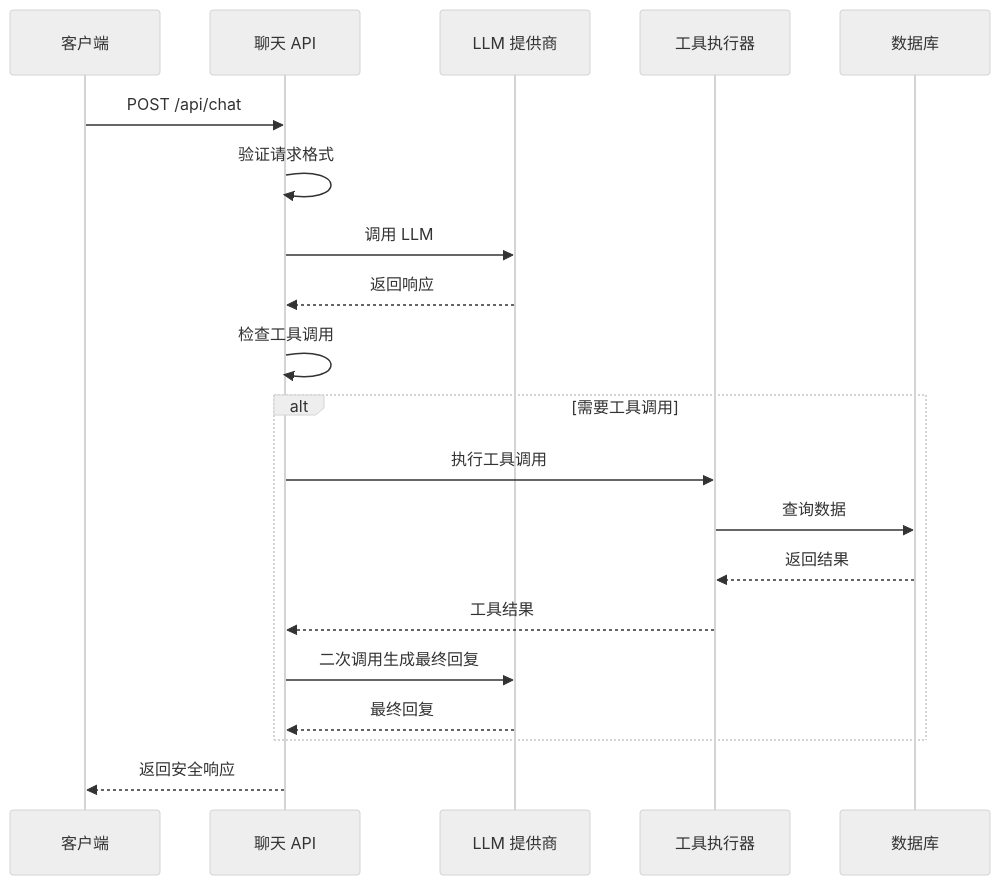
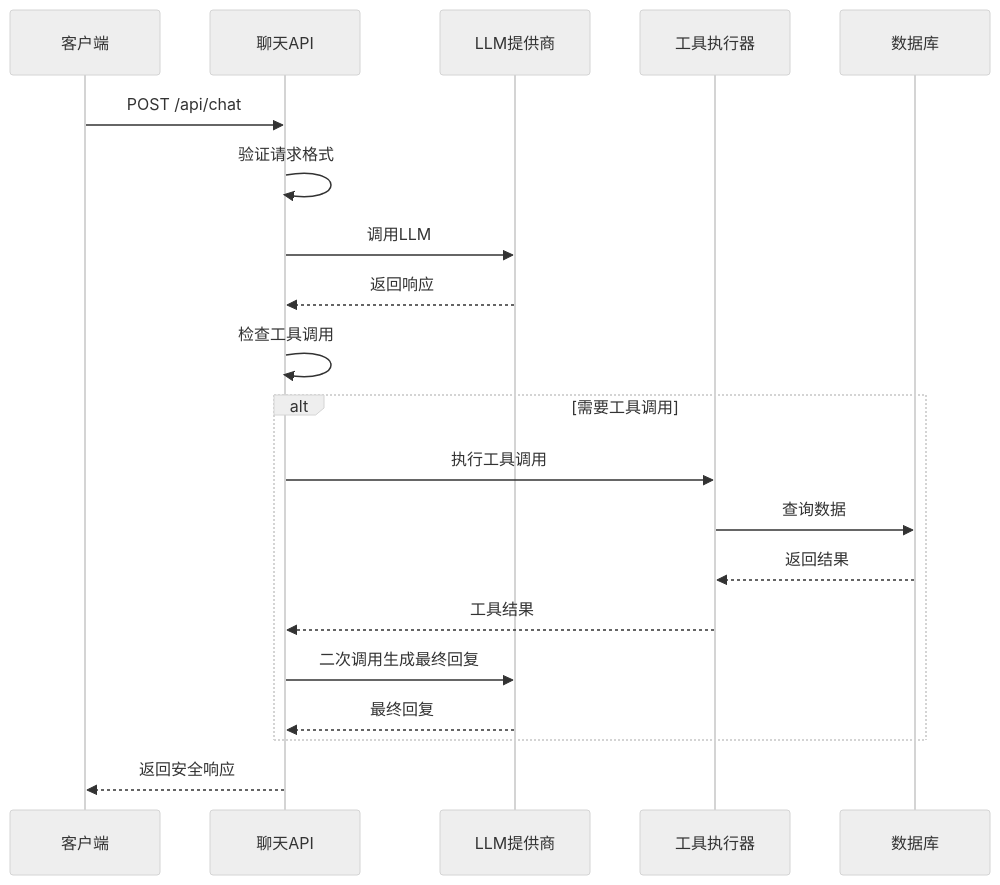
The third of 12 diagrams in .qoder/repowiki/zh/content/风险控制与安全/安全增强系统.md (CryptoLinxu/Web3-AI-Agent), drawn with Mermaid (neutral theme) before and after one commit. The commit also changed other lines of this file and 11 other files, not shown here.

````diff
--- a/.qoder/repowiki/zh/content/风险控制与安全/安全增强系统.md
+++ b/.qoder/repowiki/zh/content/风险控制与安全/安全增强系统.md
@@ -155,22 +207,22 @@
 ```mermaid
 sequenceDiagram
 participant Client as 客户端
-participant ChatAPI as 聊天 API
-participant Provider as LLM 提供商
+participant ChatAPI as 聊天API
+participant Provider as LLM提供商
 participant Tools as 工具执行器
 participant DB as 数据库
 Client->>ChatAPI : POST /api/chat
 ChatAPI->>ChatAPI : 验证请求格式
-ChatAPI->>Provider : 调用 LLM
+ChatAPI->>Provider : 调用LLM
 Provider-->>ChatAPI : 返回响应
 ChatAPI->>ChatAPI : 检查工具调用
 alt 需要工具调用
 ChatAPI->>Tools : 执行工具调用
 Tools->>DB : 查询数据
 DB-->>Tools : 返回结果
 Tools-->>ChatAPI : 工具结果
 ChatAPI->>Provider : 二次调用生成最终回复
 Provider-->>ChatAPI : 最终回复
 end
 ChatAPI-->>Client : 返回安全响应
 ```
````
